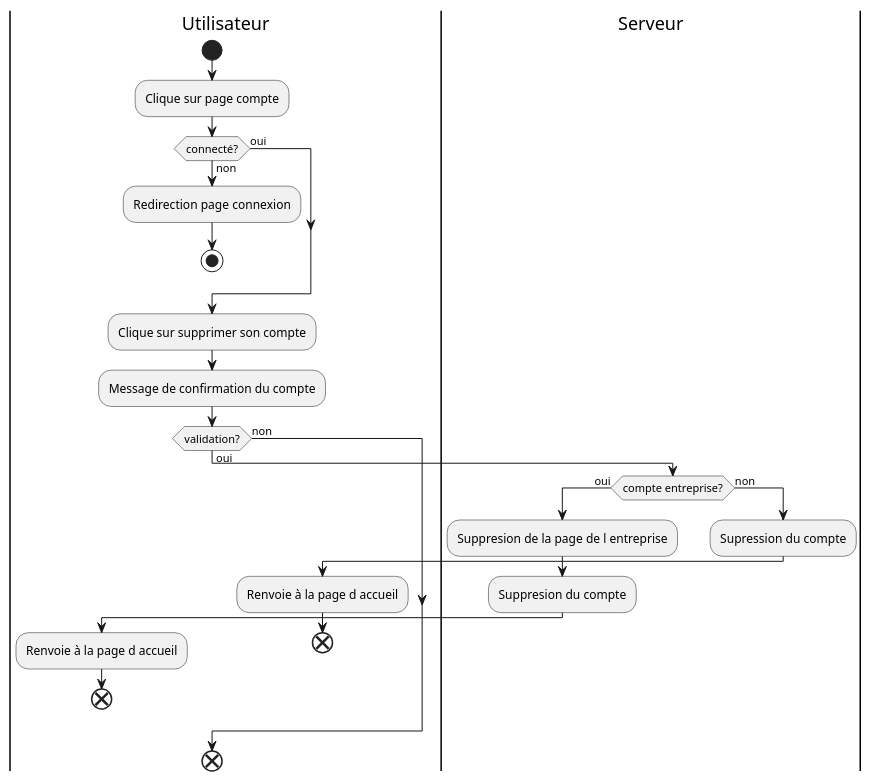
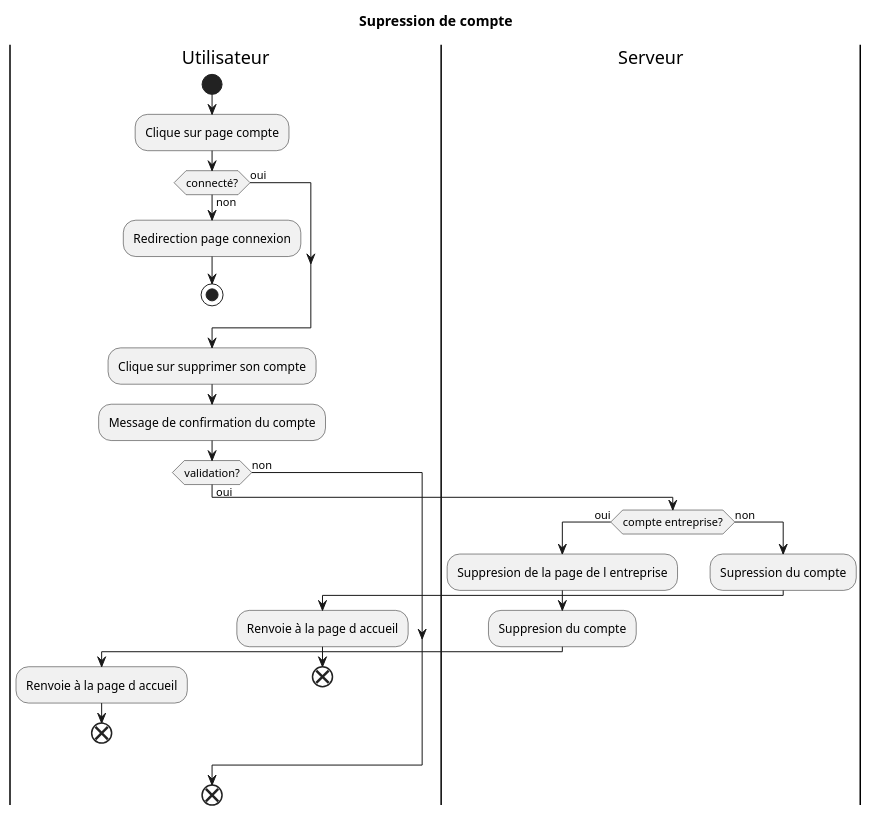
The diagram in Conception/diagrammeActivité/supression.puml (RodrigueBotte/circuitVert), drawn with PlantUML before and after one commit. The commit also changed 5 other files, not shown here.

```diff
--- a/Conception/diagrammeActivité/supression.puml
+++ b/Conception/diagrammeActivité/supression.puml
@@ -1,34 +1,34 @@
 @startuml Supression de compte
-
+title Supression de compte
 |Utilisateur|
 start 
 
 :Clique sur page compte;
 if (connecté?) then (non)
     :Redirection page connexion;
     stop
 else (oui)
 endif
 
 :Clique sur supprimer son compte;
 :Message de confirmation du compte;
 if (validation?) then (oui)
     |Serveur|
     if (compte entreprise?) then (oui)
         :Suppresion de la page de l entreprise;
         :Suppresion du compte;
         |Utilisateur|
         :Renvoie à la page d accueil;
         end
     else (non)
         |Serveur|
         :Supression du compte;
         |Utilisateur|
         :Renvoie à la page d accueil;
         end
     endif
 else (non)
 endif
 
 end
 @enduml
```
